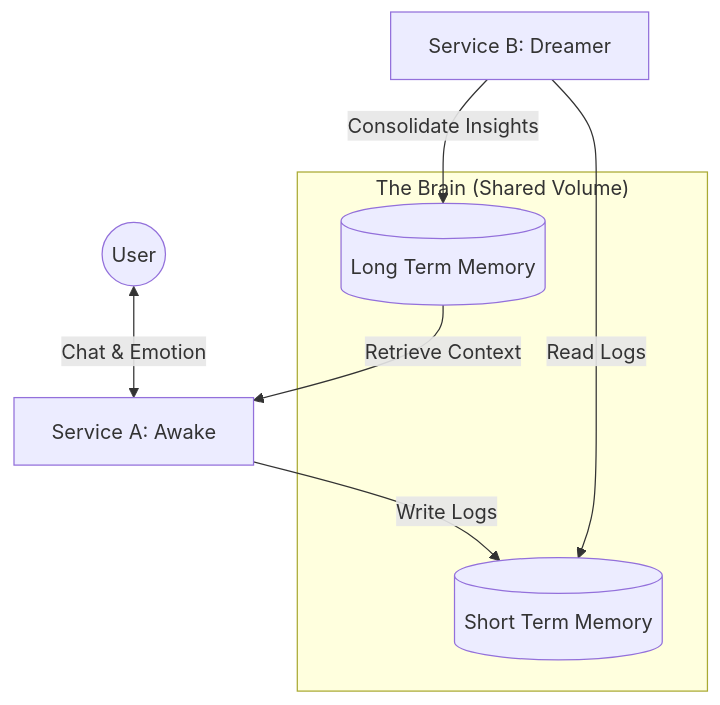
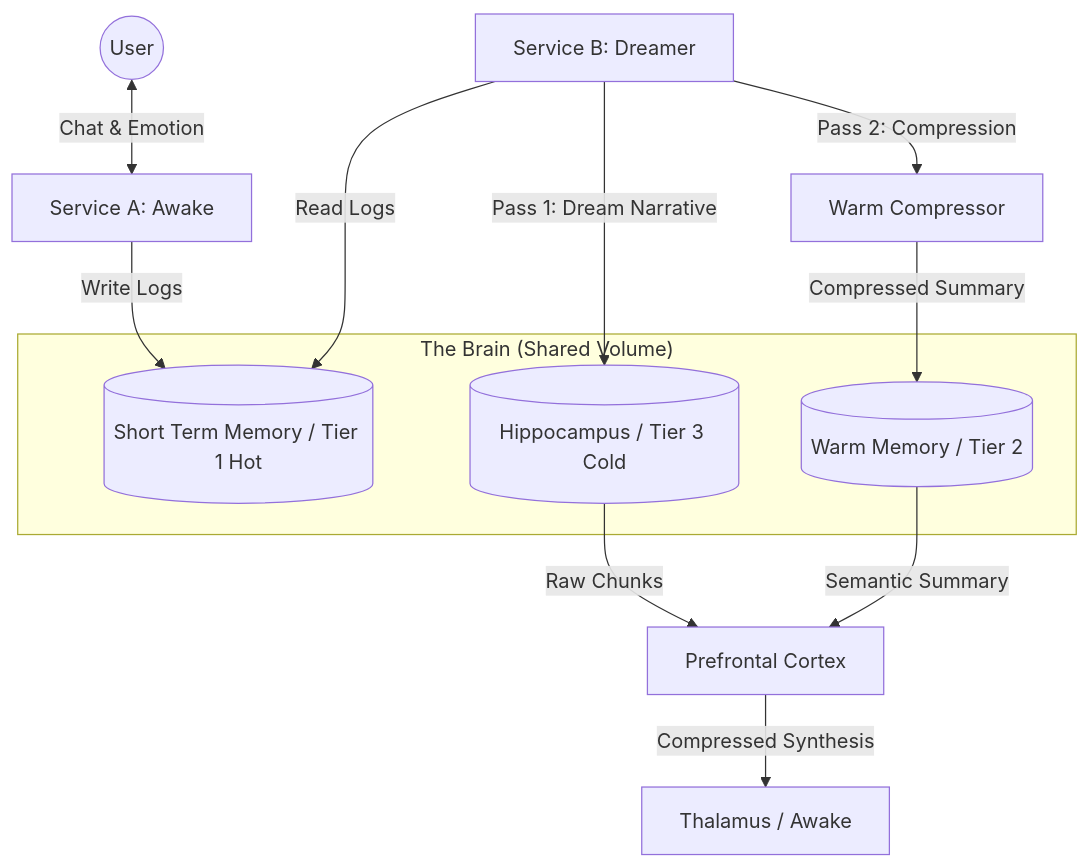
Before and after one commit to snath-ai/DMN: the diagram in ARCHITECTURE.md, drawn with Mermaid. The commit also changed other lines of this file and 6 other files, not shown here.

Commit message:
feat: DMN v2 spec compliance — v2.0.0, CHANGELOG, ARCHITECTURE update, full pytest suite (6/6 passing)

````diff
--- a/ARCHITECTURE.md
+++ b/ARCHITECTURE.md
@@ -8,14 +8,20 @@
 ```mermaid
 graph TD
     User((User)) <-->|Chat & Emotion| Awake[Service A: Awake]
-    Awake -->|Write Logs| STM[(Short Term Memory)]
+    Awake -->|Write Logs| STM[(Short Term Memory / Tier 1 Hot)]
     
     subgraph "The Brain (Shared Volume)"
         STM
-        LTM[(Long Term Memory)]
+        WarmMemory[(Warm Memory / Tier 2)]
+        Hippo[(Hippocampus / Tier 3 Cold)]
     end
     
     Dreamer[Service B: Dreamer] -->|Read Logs| STM
-    Dreamer -->|Consolidate Insights| LTM
-    LTM -->|Retrieve Context| Awake
+    Dreamer -->|Pass 1: Dream Narrative| Hippo
+    Dreamer -->|Pass 2: Compression| PrefrontalCortex2[Warm Compressor]
+    PrefrontalCortex2 -->|Compressed Summary| WarmMemory
+    
+    Hippo -->|Raw Chunks| PrefrontalCortex[Prefrontal Cortex]
+    WarmMemory -->|Semantic Summary| PrefrontalCortex
+    PrefrontalCortex -->|Compressed Synthesis| Thalamus[Thalamus / Awake]
 ```
````
